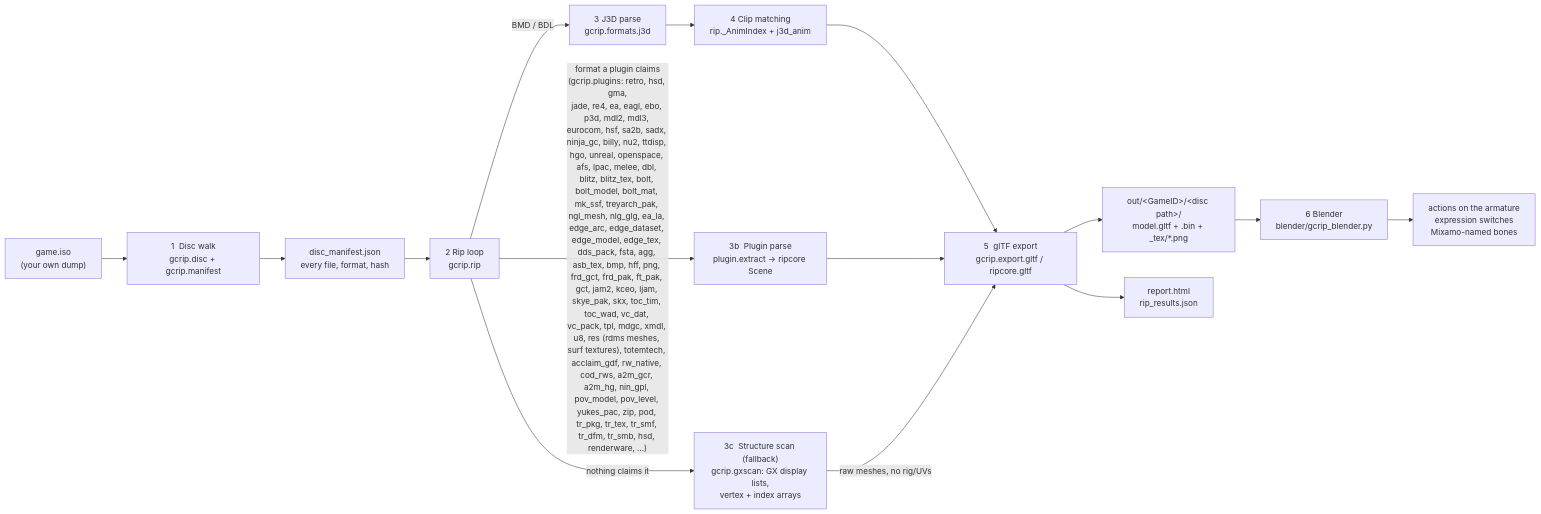
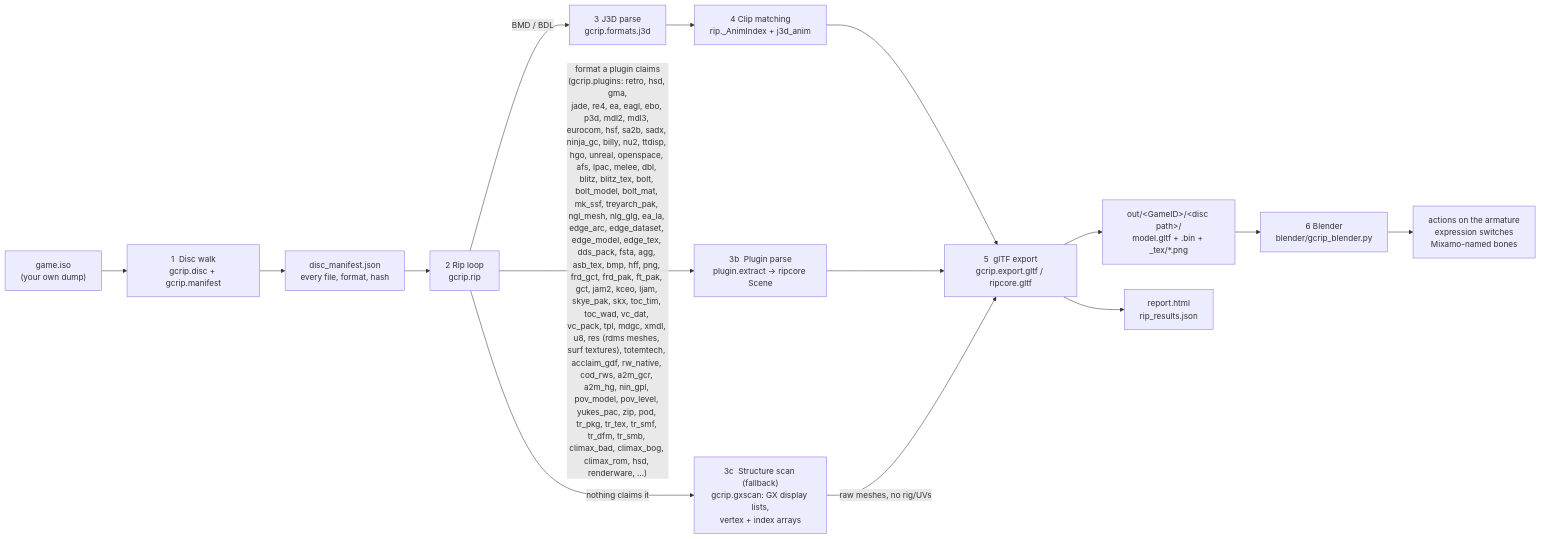
Before and after one commit to Felbs/3d-ripper-9000: the first of 10 diagrams in docs/PIPELINE.md, drawn with Mermaid. The commit also changed other lines of this file and 12 other files, not shown here.

First line of the commit message:
gcrip climax_bad: the .bad is a block a member (cLZSS::Decompress from the Hot Wheels DOL + map - the framing was the bug, not the ring walk); .bah directory names 2,113 / 6,796 / 2,591 members; climax_bog textures and climax_rom models (materials, triangle meshes, Bezier patches) ship

````diff
--- a/docs/PIPELINE.md
+++ b/docs/PIPELINE.md
@@ -11,17 +11,17 @@
 ```mermaid
 flowchart LR
     ISO["game.iso<br/>(your own dump)"] --> WALK["1  Disc walk<br/>gcrip.disc + gcrip.manifest"]
     WALK --> MAN["disc_manifest.json<br/>every file, format, hash"]
     MAN --> RIP["2  Rip loop<br/>gcrip.rip"]
     RIP -->|"BMD / BDL"| J3D["3  J3D parse<br/>gcrip.formats.j3d"]
-    RIP -->|"format a plugin claims<br/>(gcrip.plugins: retro, hsd, gma,<br/>jade, re4, ea, eagl, ebo, p3d, mdl2, mdl3, eurocom, hsf, sa2b, sadx, ninja_gc, billy, nu2, ttdisp, hgo, unreal, openspace, afs, lpac, melee, dbl, blitz, blitz_tex, bolt, bolt_model, bolt_mat, mk_ssf, treyarch_pak, ngl_mesh, nlg_glg, ea_la, edge_arc, edge_dataset, edge_model, edge_tex, dds_pack, fsta, agg, asb_tex, bmp, hff, png, frd_gct, frd_pak, ft_pak, gct, jam2, kceo, ljam, skye_pak, skx, toc_tim, toc_wad, vc_dat, vc_pack, tpl, mdgc, xmdl, u8, res (rdms meshes, surf textures), totemtech, acclaim_gdf, rw_native, cod_rws, a2m_gcr, a2m_hg, nin_gpl, pov_model, pov_level, yukes_pac, zip, pod, tr_pkg, tr_tex, tr_smf, tr_dfm, tr_smb, hsd, renderware, …)"| PLUG["3b  Plugin parse<br/>plugin.extract → ripcore Scene"]
+    RIP -->|"format a plugin claims<br/>(gcrip.plugins: retro, hsd, gma,<br/>jade, re4, ea, eagl, ebo, p3d, mdl2, mdl3, eurocom, hsf, sa2b, sadx, ninja_gc, billy, nu2, ttdisp, hgo, unreal, openspace, afs, lpac, melee, dbl, blitz, blitz_tex, bolt, bolt_model, bolt_mat, mk_ssf, treyarch_pak, ngl_mesh, nlg_glg, ea_la, edge_arc, edge_dataset, edge_model, edge_tex, dds_pack, fsta, agg, asb_tex, bmp, hff, png, frd_gct, frd_pak, ft_pak, gct, jam2, kceo, ljam, skye_pak, skx, toc_tim, toc_wad, vc_dat, vc_pack, tpl, mdgc, xmdl, u8, res (rdms meshes, surf textures), totemtech, acclaim_gdf, rw_native, cod_rws, a2m_gcr, a2m_hg, nin_gpl, pov_model, pov_level, yukes_pac, zip, pod, tr_pkg, tr_tex, tr_smf, tr_dfm, tr_smb, climax_bad, climax_bog, climax_rom, hsd, renderware, …)"| PLUG["3b  Plugin parse<br/>plugin.extract → ripcore Scene"]
     RIP -->|"nothing claims it"| GX["3c  Structure scan (fallback)<br/>gcrip.gxscan: GX display lists,<br/>vertex + index arrays"]
     J3D --> ANIM["4  Clip matching<br/>rip._AnimIndex + j3d_anim"]
     ANIM --> GLTF["5  glTF export<br/>gcrip.export.gltf / ripcore.gltf"]
     PLUG --> GLTF
     GX -->|"raw meshes, no rig/UVs"| GLTF
     GLTF --> OUT["out/&lt;GameID&gt;/&lt;disc path&gt;/<br/>model.gltf + .bin + _tex/*.png"]
     GLTF --> REP["report.html<br/>rip_results.json"]
     OUT --> BL["6  Blender<br/>blender/gcrip_blender.py"]
     BL --> PLAY["actions on the armature<br/>expression switches<br/>Mixamo-named bones"]
 ```
````
